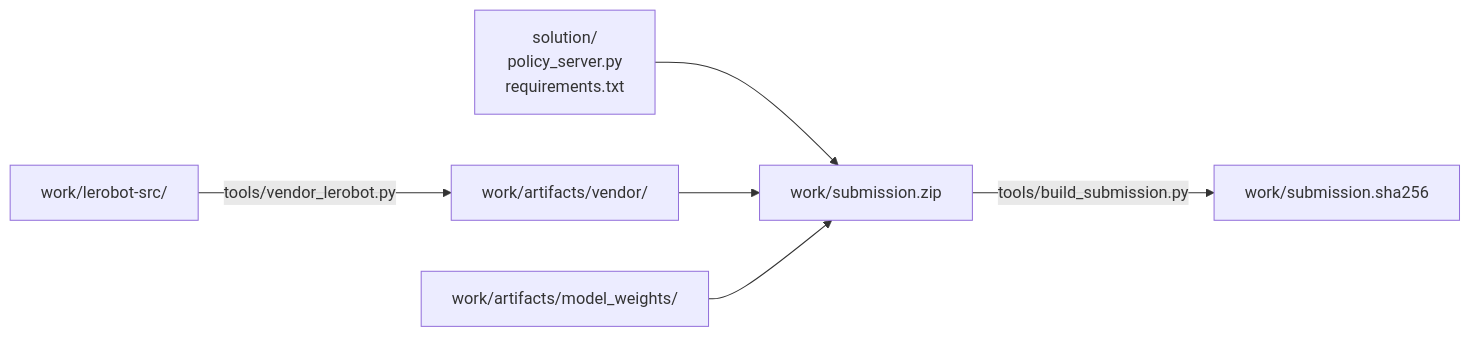
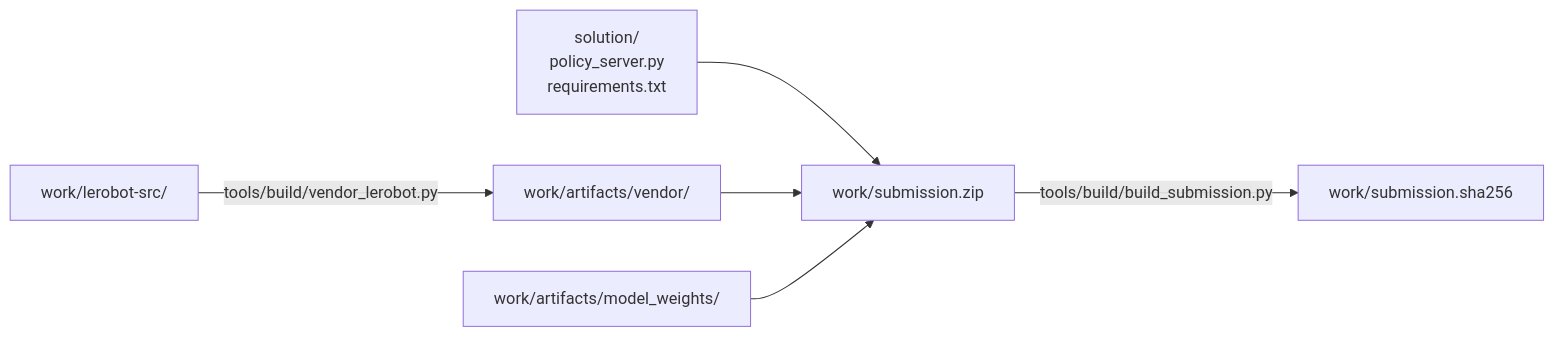
One commit to siruku6/PARC2026_pre changed the first of 3 diagrams in docs/solution/README.md. Above: the diagram before and after it, drawn with Mermaid. The commit also changed other lines of this file and 21 other files, not shown here.

First line of the commit message:
[tools] solution/tools を build/ と weights/ に分ける（カード1・2）

````diff
--- a/docs/solution/README.md
+++ b/docs/solution/README.md
@@ -52,8 +52,8 @@
 ```mermaid
 flowchart LR
     S["solution/<br/>policy_server.py<br/>requirements.txt"] --> Z["work/submission.zip"]
-    L["work/lerobot-src/"] -->|"tools/vendor_lerobot.py"| V["work/artifacts/vendor/"]
+    L["work/lerobot-src/"] -->|"tools/build/vendor_lerobot.py"| V["work/artifacts/vendor/"]
     V --> Z
     W["work/artifacts/model_weights/"] --> Z
-    Z -->|"tools/build_submission.py"| H["work/submission.sha256"]
+    Z -->|"tools/build/build_submission.py"| H["work/submission.sha256"]
 ```
````
